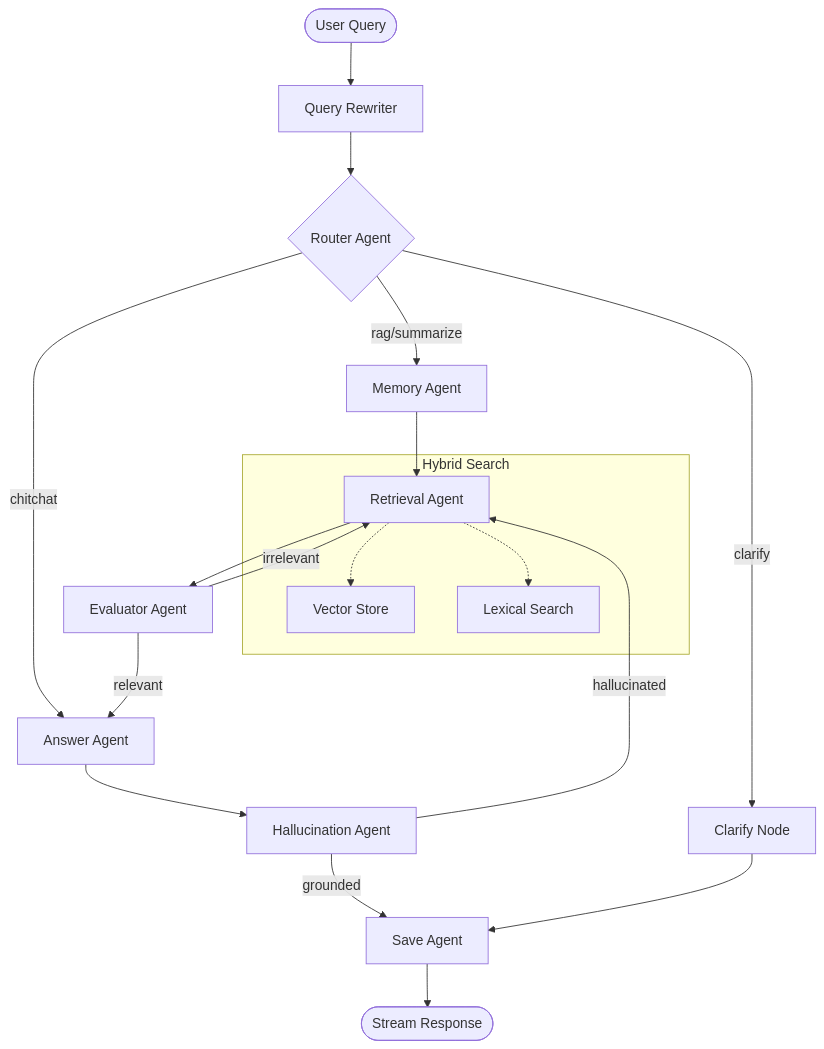
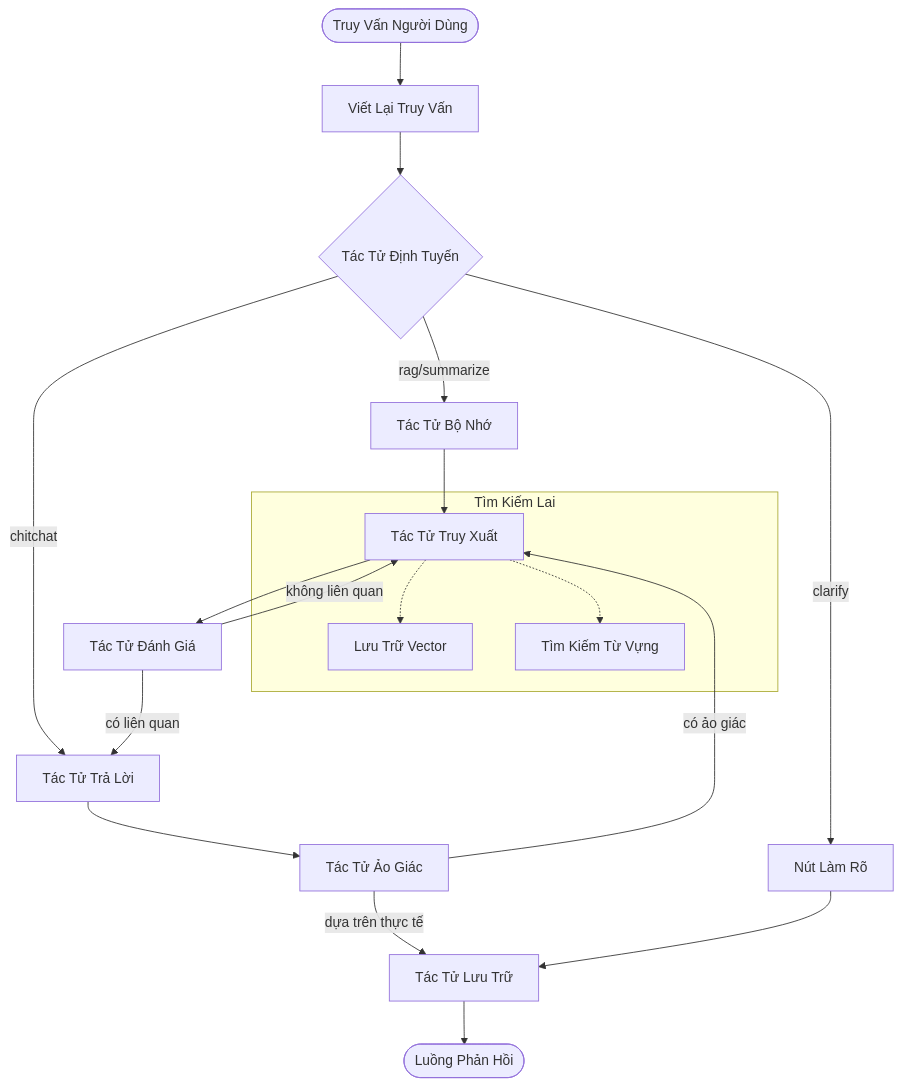
Before and after one commit to twilightt1/rag_backend: the diagram in README.md, drawn with Mermaid. The commit also changed other lines of this file and 40 other files, not shown here.

````diff
--- a/README.md
+++ b/README.md
@@ -51,27 +51,27 @@
 ```mermaid
 graph TD
-    User([User Query]) --> Rewriter[Query Rewriter]
-    Rewriter --> Router{Router Agent}
+    User([Truy Vấn Người Dùng]) --> Rewriter[Viết Lại Truy Vấn]
+    Rewriter --> Router{Tác Tử Định Tuyến}
     
-    Router -- rag/summarize --> Memory[Memory Agent]
-    Router -- chitchat --> Answer[Answer Agent]
-    Router -- clarify --> Clarify[Clarify Node]
+    Router -- rag/summarize --> Memory[Tác Tử Bộ Nhớ]
+    Router -- chitchat --> Answer[Tác Tử Trả Lời]
+    Router -- clarify --> Clarify[Nút Làm Rõ]
     
-    Memory --> Retrieval[Retrieval Agent]
-    Retrieval --> Evaluator[Evaluator Agent]
+    Memory --> Retrieval[Tác Tử Truy Xuất]
+    Retrieval --> Evaluator[Tác Tử Đánh Giá]
     
-    Evaluator -- irrelevant --> Retrieval
-    Evaluator -- relevant --> Answer
+    Evaluator -- không liên quan --> Retrieval
+    Evaluator -- có liên quan --> Answer
     
-    Answer --> Hallucination[Hallucination Agent]
-    Hallucination -- hallucinated --> Retrieval
-    Hallucination -- grounded --> Save[Save Agent]
+    Answer --> Hallucination[Tác Tử Ảo Giác]
+    Hallucination -- có ảo giác --> Retrieval
+    Hallucination -- dựa trên thực tế --> Save[Tác Tử Lưu Trữ]
     
     Clarify --> Save
-    Save --> End([Stream Response])
+    Save --> End([Luồng Phản Hồi])
     
-    subgraph "Hybrid Search"
-    Retrieval -.-> Vector[Vector Store]
-    Retrieval -.-> BM25[Lexical Search]
+    subgraph "Tìm Kiếm Lai"
+    Retrieval -.-> Vector[Lưu Trữ Vector]
+    Retrieval -.-> BM25[Tìm Kiếm Từ Vựng]
     end
 ```
````
